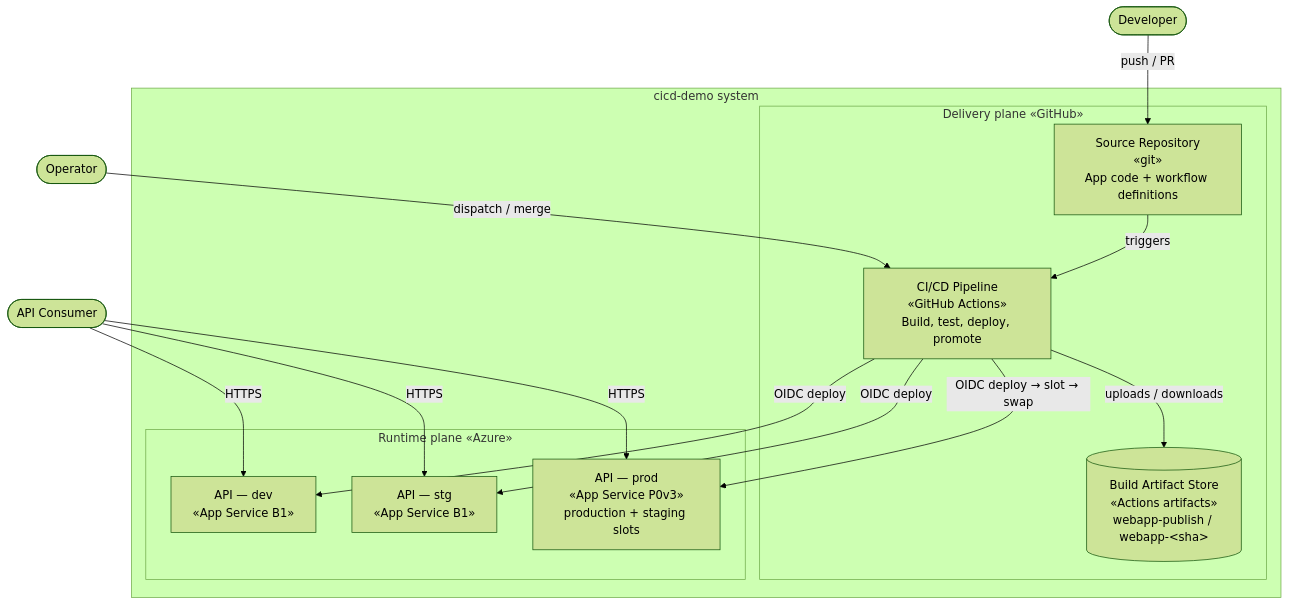
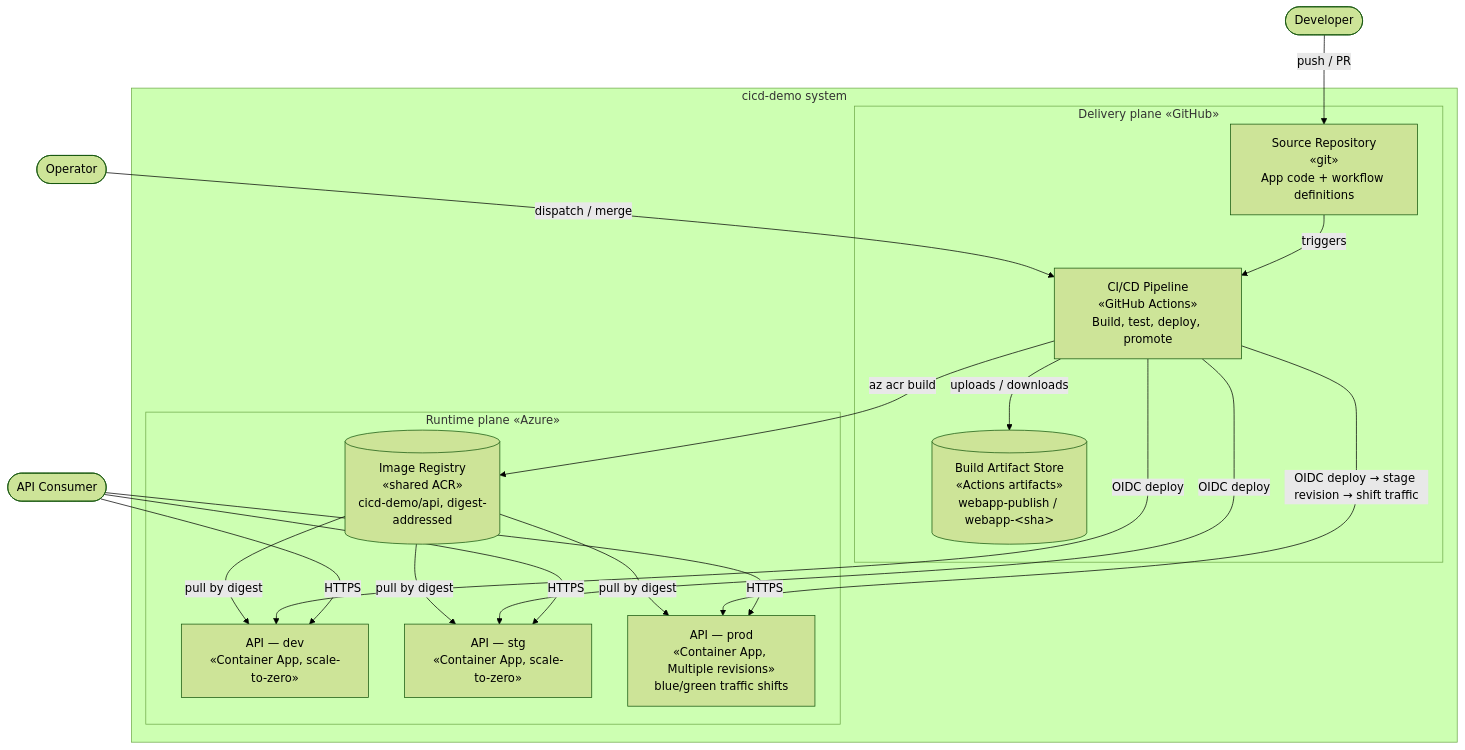
Before and after one commit to avlon-technologies/template-azure-cicd: the first of 2 diagrams in docs/c2-containers/README.md, drawn with Mermaid (forest theme). The commit also changed other lines of this file and 10 other files, not shown here.

````diff
--- a/docs/c2-containers/README.md
+++ b/docs/c2-containers/README.md
@@ -9,31 +9,34 @@
 ```mermaid
 graph TB
     consumer([API Consumer])
     developer([Developer])
     operator([Operator])
 
     subgraph system [cicd-demo system]
         subgraph delivery [Delivery plane «GitHub»]
             repo[Source Repository<br/>«git»<br/>App code + workflow definitions]
             ci[CI/CD Pipeline<br/>«GitHub Actions»<br/>Build, test, deploy, promote]
             artifacts[(Build Artifact Store<br/>«Actions artifacts»<br/>webapp-publish / webapp-&lt;sha&gt;)]
         end
 
         subgraph runtime [Runtime plane «Azure»]
-            appdev[API — dev<br/>«App Service B1»]
-            appstg[API — stg<br/>«App Service B1»]
-            appprod[API — prod<br/>«App Service P0v3»<br/>production + staging slots]
+            registry[(Image Registry<br/>«shared ACR»<br/>cicd-demo/api, digest-addressed)]
+            appdev[API — dev<br/>«Container App, scale-to-zero»]
+            appstg[API — stg<br/>«Container App, scale-to-zero»]
+            appprod[API — prod<br/>«Container App, Multiple revisions»<br/>blue/green traffic shifts]
         end
     end
 
     developer -->|push / PR| repo
     operator -->|dispatch / merge| ci
     repo -->|triggers| ci
     ci -->|uploads / downloads| artifacts
+    ci -->|az acr build| registry
+    registry -->|pull by digest| appdev & appstg & appprod
     ci -->|OIDC deploy| appdev
     ci -->|OIDC deploy| appstg
-    ci -->|OIDC deploy → slot → swap| appprod
+    ci -->|OIDC deploy → stage revision → shift traffic| appprod
     consumer -->|HTTPS| appdev
     consumer -->|HTTPS| appstg
     consumer -->|HTTPS| appprod
 ```
````
